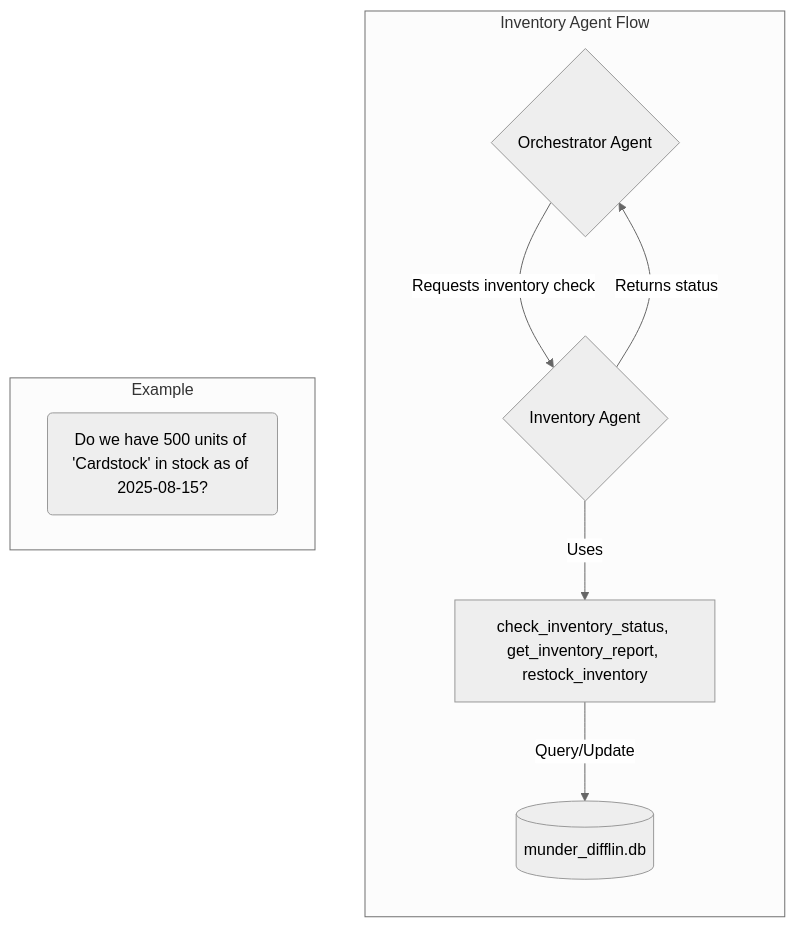
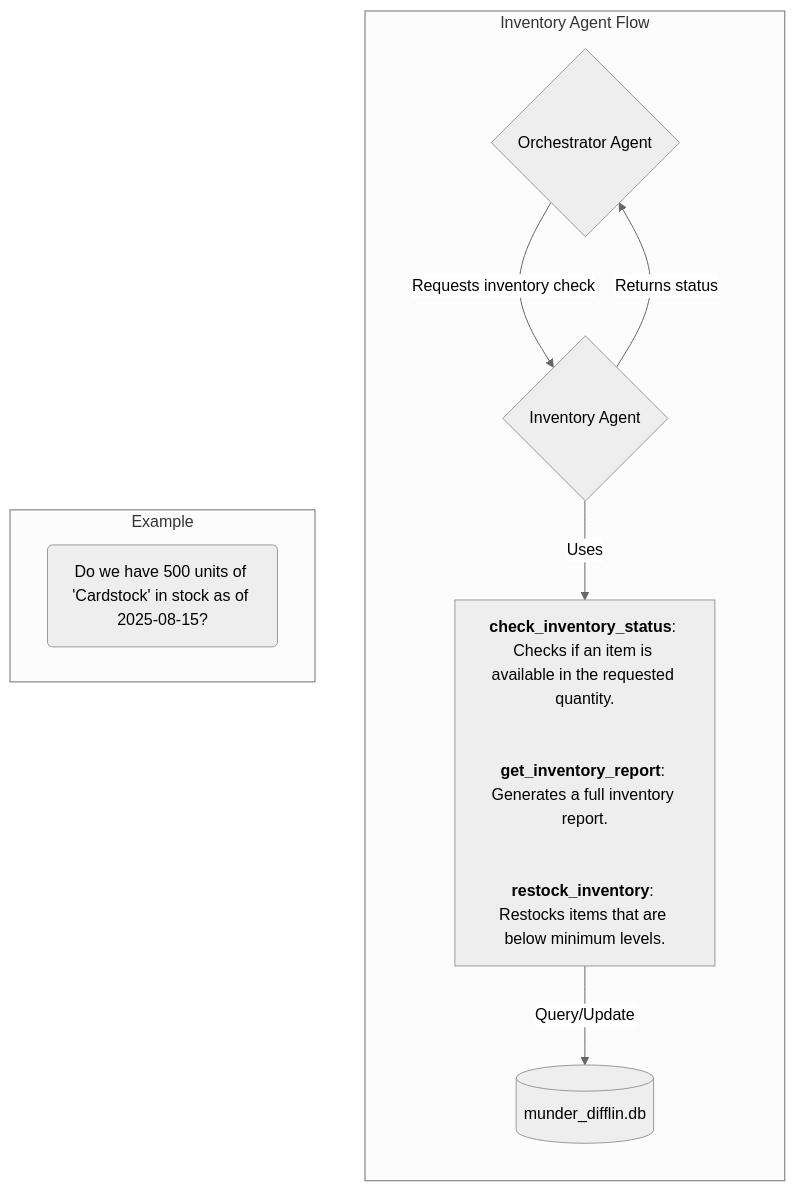
The third of 11 diagrams in README.md (HyungunKim/nd_ai_agent_project4), drawn with Mermaid (neutral theme) before and after one commit. The commit also changed other lines of this file, not shown here.

Commit message:
Update the README.md for tool diagrams

````diff
--- a/README.md
+++ b/README.md
@@ -146,14 +149,18 @@
 ```mermaid
 graph TD
     subgraph Inventory Agent Flow
         direction TB
         Orchestrator{Orchestrator Agent} -- "Requests inventory check" --> InventoryAgent{Inventory Agent}
-        InventoryAgent -- "Uses" --> Tools[check_inventory_status, get_inventory_report, restock_inventory]
+        InventoryAgent -- "Uses" --> Tools["
+            <b>check_inventory_status</b>: Checks if an item is available in the requested quantity.<br>
+            <b>get_inventory_report</b>: Generates a full inventory report.<br>
+            <b>restock_inventory</b>: Restocks items that are below minimum levels.
+        "]
         Tools -- "Query/Update" --> Database[(munder_difflin.db)]
         InventoryAgent -- "Returns status" --> Orchestrator
     end
     subgraph Example
         direction LR
         Prompt("Do we have 500 units of 'Cardstock' in stock as of 2025-08-15?")
     end
 ```
````
